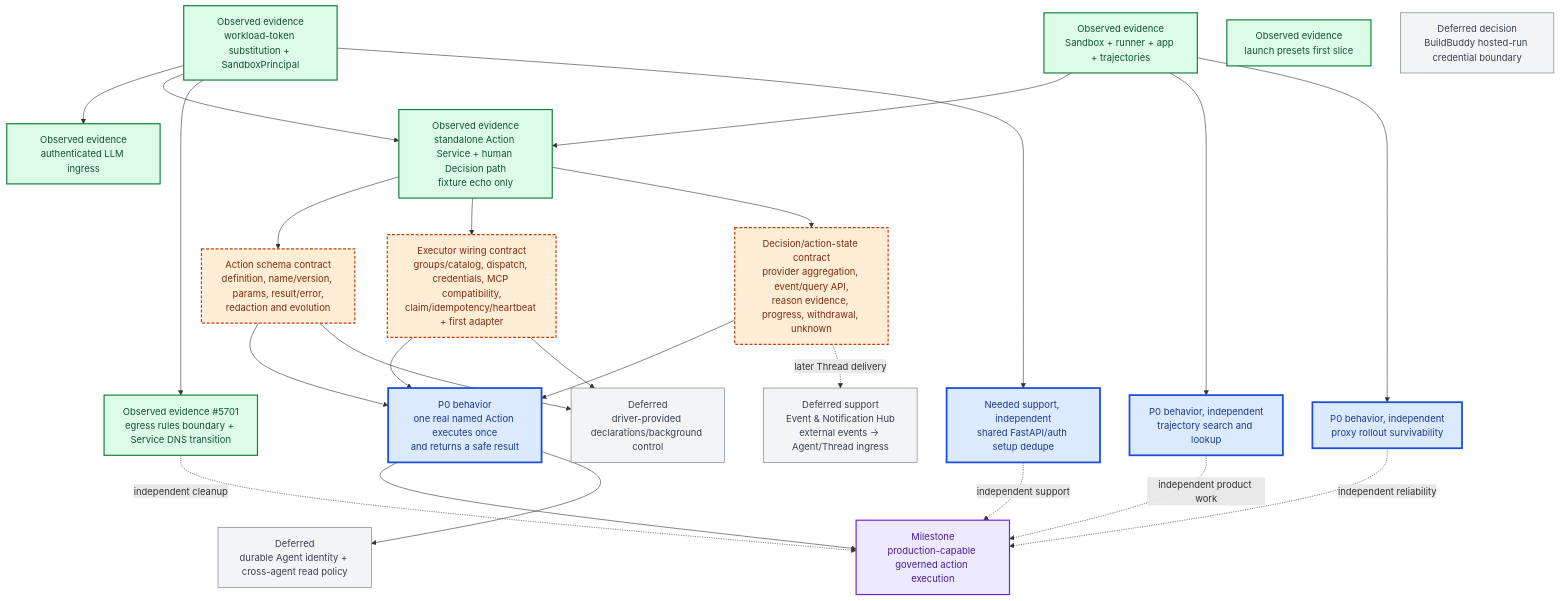
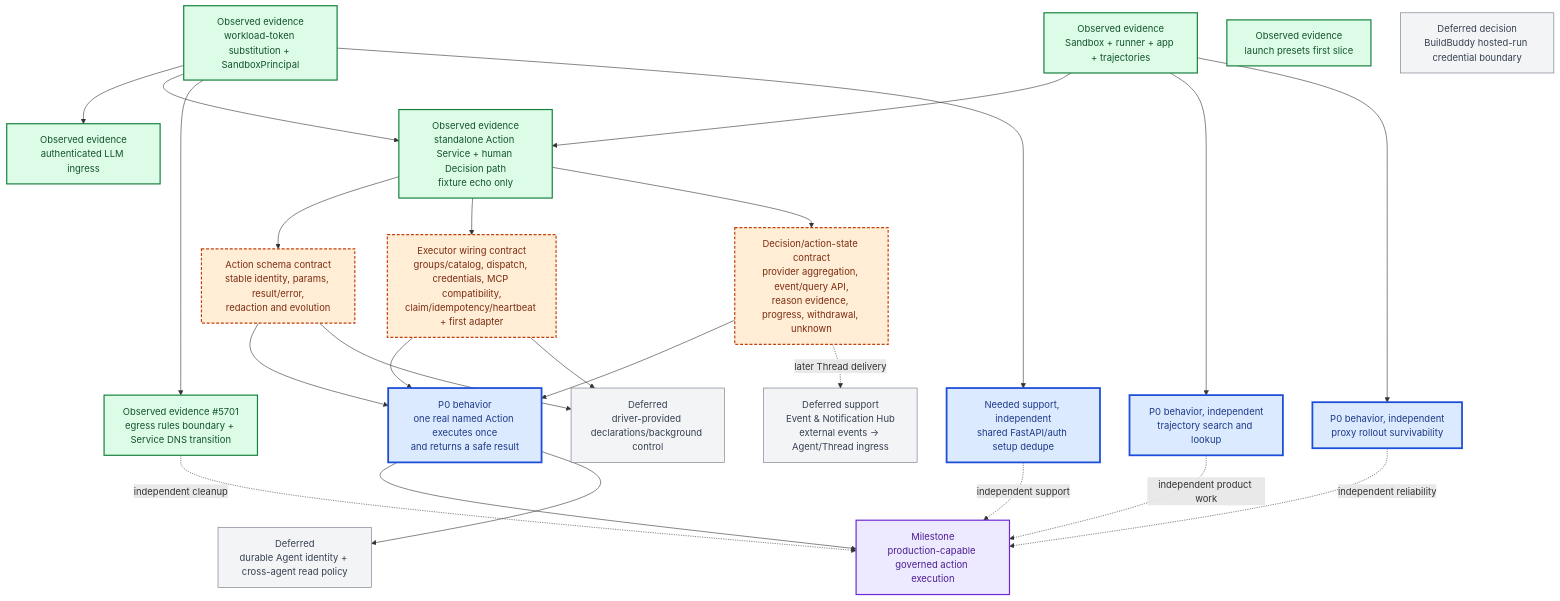
Before and after one commit to agentydragon/ducktape: the diagram in x/agentplane/plans/task_dag.md, drawn with Mermaid. The commit also changed other lines of this file and 5 other files, not shown here.

````diff
--- a/x/agentplane/plans/task_dag.md
+++ b/x/agentplane/plans/task_dag.md
@@ -64,55 +70,55 @@
 ```mermaid
 flowchart TB
     classDef completed fill:#dcfce7,stroke:#15803d,color:#14532d,stroke-width:2px
     classDef active fill:#dbeafe,stroke:#1d4ed8,color:#1e3a8a,stroke-width:3px
     classDef decision fill:#ffedd5,stroke:#c2410c,color:#7c2d12,stroke-width:2px,stroke-dasharray:5 3
     classDef future fill:#f3f4f6,stroke:#6b7280,color:#374151
     classDef milestone fill:#ede9fe,stroke:#6d28d9,color:#4c1d95,stroke-width:2px
 
     F0["Observed evidence<br/>Sandbox + runner + app + trajectories"]:::completed
     AUTH["Observed evidence<br/>workload-token substitution + SandboxPrincipal"]:::completed
     LLM["Observed evidence<br/>authenticated LLM ingress"]:::completed
     ACTION0["Observed evidence<br/>standalone Action Service + human Decision path<br/>fixture echo only"]:::completed
     PRESETS["Observed evidence<br/>launch presets first slice"]:::completed
 
-    AS["Action schema contract<br/>definition, name/version, params, result/error,<br/>redaction and evolution"]:::decision
+    AS["Action schema contract<br/>stable identity, params, result/error,<br/>redaction and evolution"]:::decision
     EW["Executor wiring contract<br/>groups/catalog, dispatch, credentials, MCP compatibility,<br/>claim/idempotency/heartbeat + first adapter"]:::decision
     DEL["Decision/action-state contract<br/>provider aggregation, event/query API,<br/>reason evidence, progress, withdrawal, unknown"]:::decision
     ACTION1["P0 behavior<br/>one real named Action executes once<br/>and returns a safe result"]:::active
 
     ER["Observed evidence #5701<br/>egress rules boundary + Service DNS transition"]:::completed
     DEDUPE["Needed support, independent<br/>shared FastAPI/auth setup dedupe"]:::active
     T3["P0 behavior, independent<br/>trajectory search and lookup"]:::active
     PR["P0 behavior, independent<br/>proxy rollout survivability"]:::active
 
     BB["Deferred decision<br/>BuildBuddy hosted-run credential boundary"]:::future
     ING["Deferred support<br/>Event & Notification Hub<br/>external events -> Agent/Thread ingress"]:::future
     DT["Deferred<br/>driver-provided declarations/background control"]:::future
     AG["Deferred<br/>durable Agent identity + cross-agent read policy"]:::future
     PROD["Milestone<br/>production-capable governed action execution"]:::milestone
 
     F0 --> ACTION0
     AUTH --> LLM
     AUTH --> ACTION0
     ACTION0 --> AS
     ACTION0 --> EW
     ACTION0 --> DEL
     AS --> ACTION1
     EW --> ACTION1
     DEL --> ACTION1
     ACTION1 --> PROD
     DEL -. later Thread delivery .-> ING
 
     AUTH --> ER
     AUTH --> DEDUPE
     F0 --> T3
     F0 --> PR
     ER -. independent cleanup .-> PROD
     DEDUPE -. independent support .-> PROD
     T3 -. independent product work .-> PROD
     PR -. independent reliability .-> PROD
 
     AS --> DT
     EW --> DT
     ACTION1 --> AG
 ```
````
